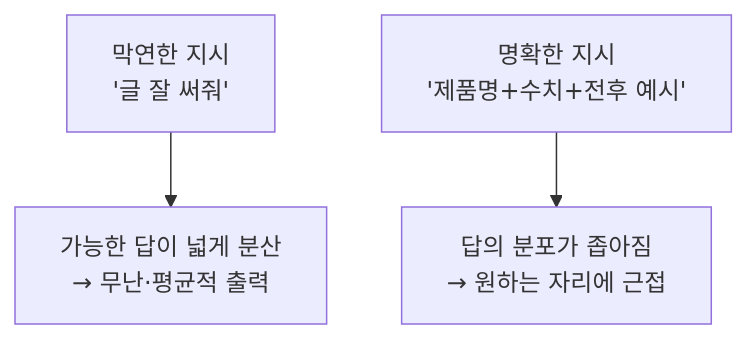
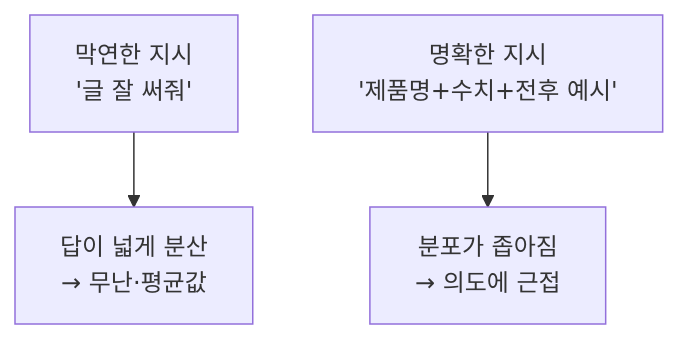
One commit to millim1983/millim1983.github.io changed the diagram in _posts/2026-06-26-defining-04-articulation-is-definition.md. Above: the diagram before and after it, drawn with Mermaid. The commit also changed other lines of this file and 3 other files, not shown here.

````diff
--- a/_posts/2026-06-26-defining-04-articulation-is-definition.md
+++ b/_posts/2026-06-26-defining-04-articulation-is-definition.md
@@ -27,5 +43,5 @@
 ```mermaid
 flowchart TB
-  V["막연한 지시<br/>'글 잘 써줘'"] --> VD["가능한 답이 넓게 분산<br/>→ 무난·평균적 출력"]
-  S["명확한 지시<br/>'제품명+수치+전후 예시'"] --> SD["답의 분포가 좁아짐<br/>→ 원하는 자리에 근접"]
+  V["막연한 지시<br/>'글 잘 써줘'"] --> VD["답이 넓게 분산<br/>→ 무난·평균값"]
+  S["명확한 지시<br/>'제품명+수치+전후 예시'"] --> SD["분포가 좁아짐<br/>→ 의도에 근접"]
 ```
````
